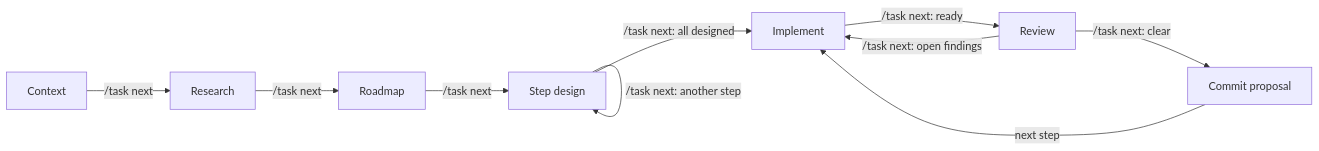
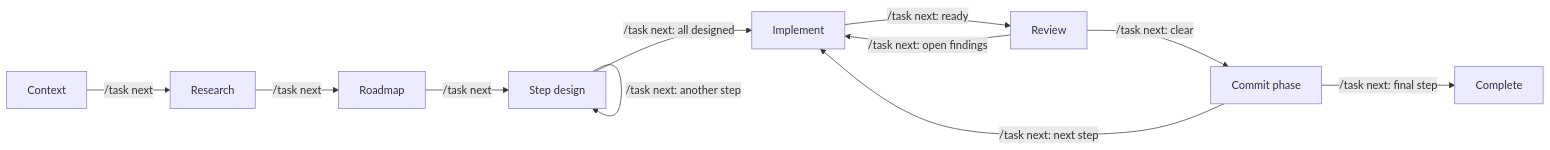
Before and after one commit to vladimir-popov/dotfiles: the diagram in .pi/agent/extensions/task-workflow/README.md, drawn with Mermaid. The commit also changed other lines of this file and 3 other files, not shown here.

````diff
--- a/.pi/agent/extensions/task-workflow/README.md
+++ b/.pi/agent/extensions/task-workflow/README.md
@@ -11,12 +11,13 @@
 ```mermaid
 flowchart LR
     A["Context"] -->|/task next| B["Research"]
     B -->|/task next| C["Roadmap"]
     C -->|/task next| D["Step design"]
     D -->|/task next: another step| D
     D -->|/task next: all designed| E["Implement"]
     E -->|/task next: ready| F["Review"]
     F -->|/task next: open findings| E
-    F -->|/task next: clear| G["Commit proposal"]
-    G -->|next step| E
+    F -->|/task next: clear| G["Commit phase"]
+    G -->|/task next: next step| E
+    G -->|/task next: final step| H["Complete"]
 ```
````
